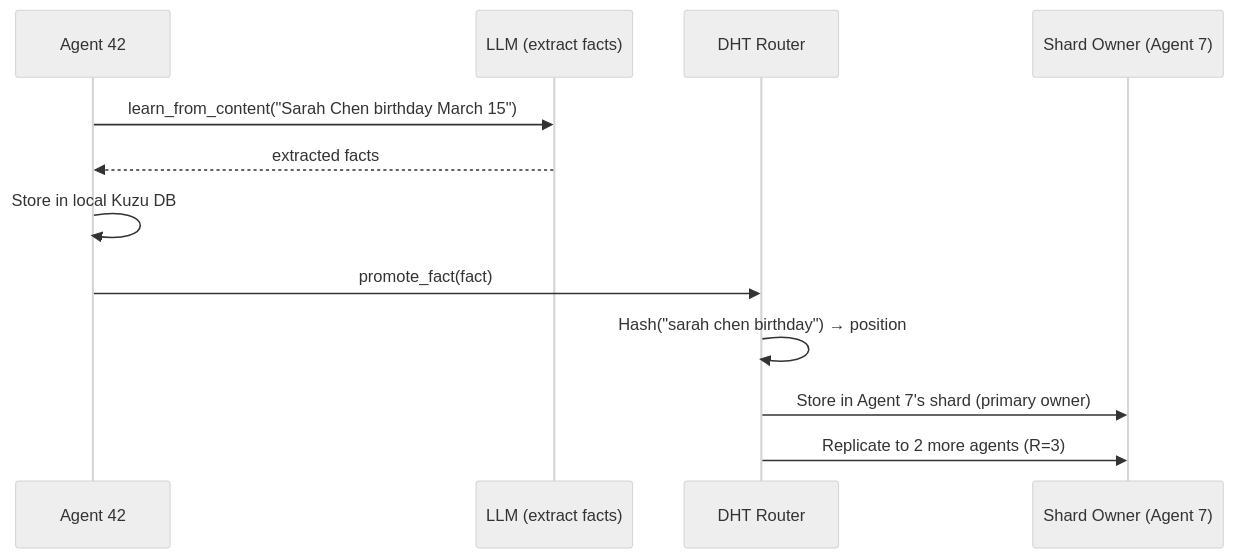
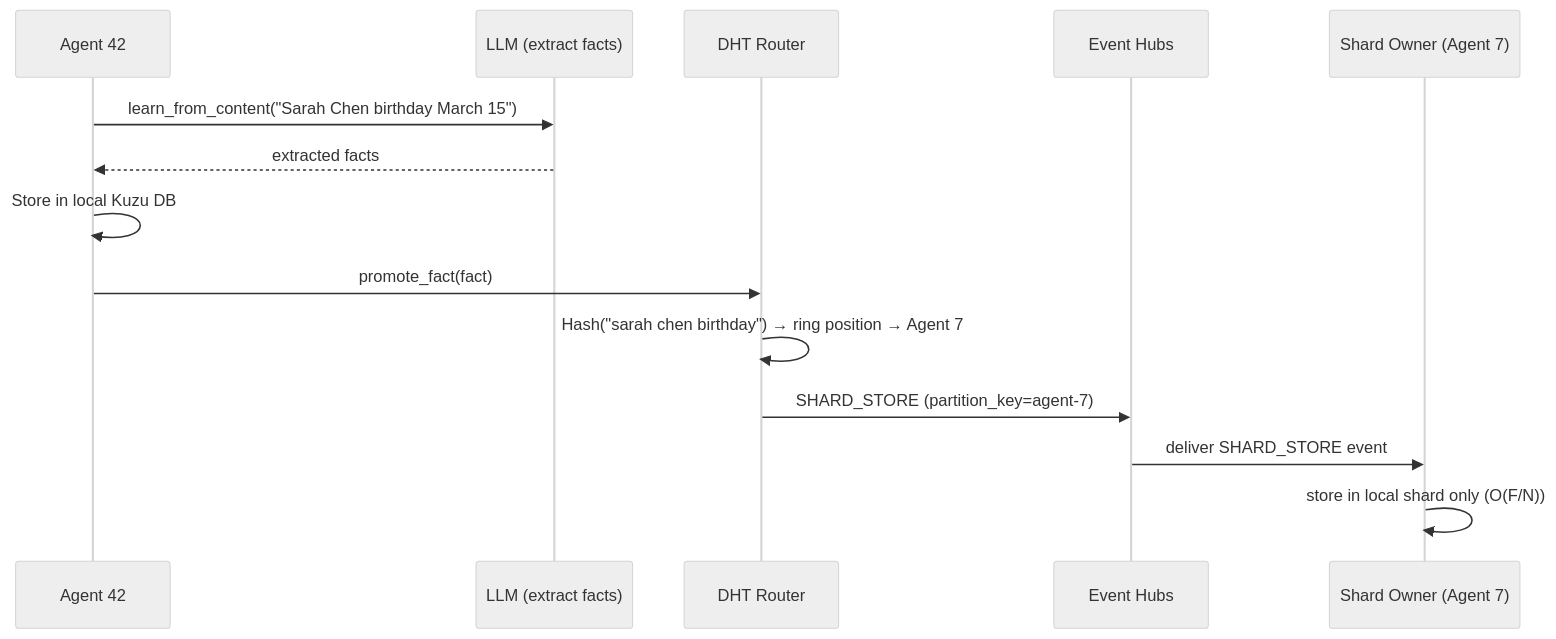
One commit to rysweet/amplihack changed the third of 4 diagrams in docs/distributed_hive_mind.md. Above: the diagram before and after it, drawn with Mermaid (neutral theme). The commit also changed other lines of this file, not shown here.

First line of the commit message:
docs(hive): update distributed_hive_mind.md for Event Hubs + CognitiveAdapter architecture

````diff
--- a/docs/distributed_hive_mind.md
+++ b/docs/distributed_hive_mind.md
@@ -62,15 +89,17 @@
 ```mermaid
 sequenceDiagram
     participant A as Agent 42
     participant LLM as LLM (extract facts)
     participant DHT as DHT Router
+    participant EH as Event Hubs
     participant S as Shard Owner (Agent 7)
 
     A->>LLM: learn_from_content("Sarah Chen birthday March 15")
     LLM-->>A: extracted facts
     A->>A: Store in local Kuzu DB
     A->>DHT: promote_fact(fact)
-    DHT->>DHT: Hash("sarah chen birthday") → position
-    DHT->>S: Store in Agent 7's shard (primary owner)
-    DHT->>S: Replicate to 2 more agents (R=3)
+    DHT->>DHT: Hash("sarah chen birthday") → ring position → Agent 7
+    DHT->>EH: SHARD_STORE (partition_key=agent-7)
+    EH->>S: deliver SHARD_STORE event
+    S->>S: store in local shard only (O(F/N))
 ```
````
